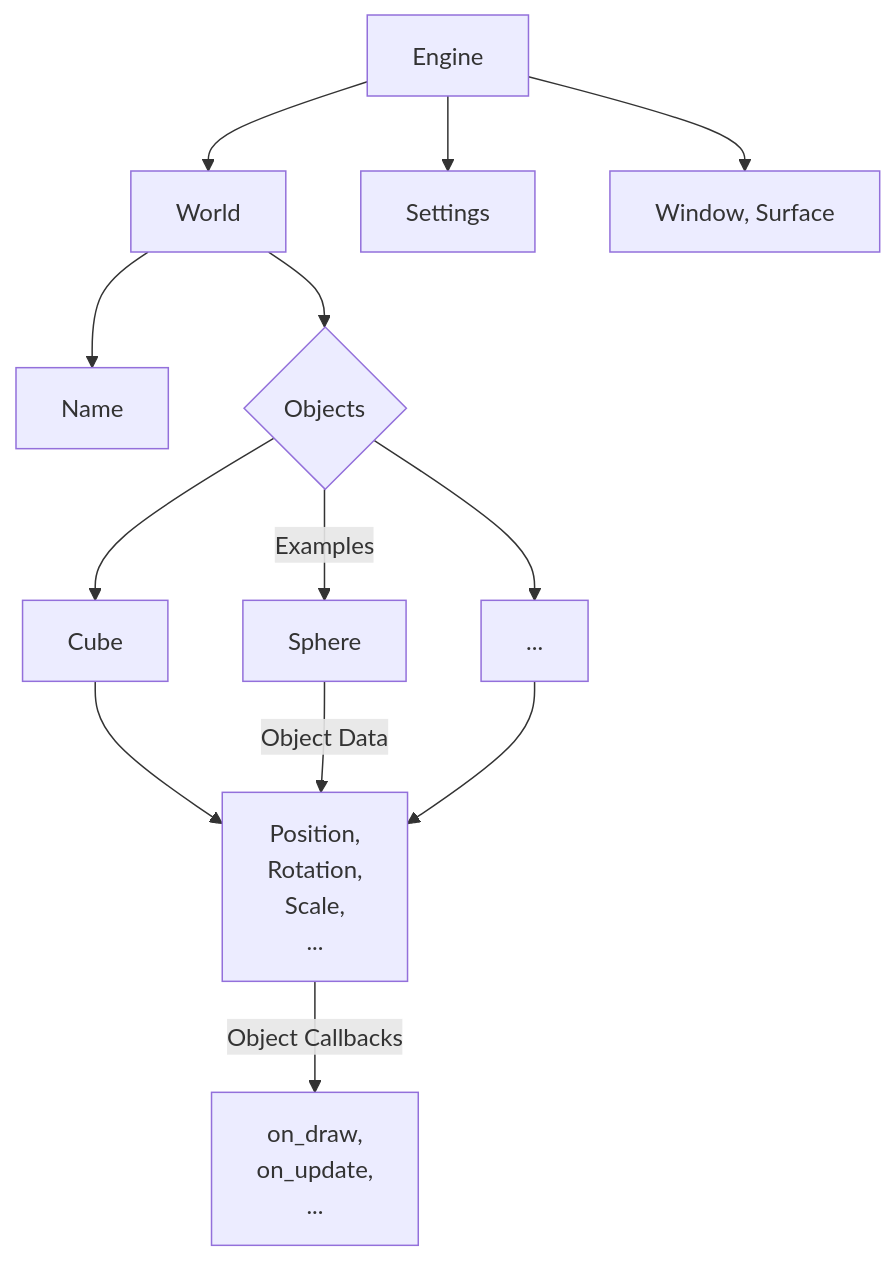
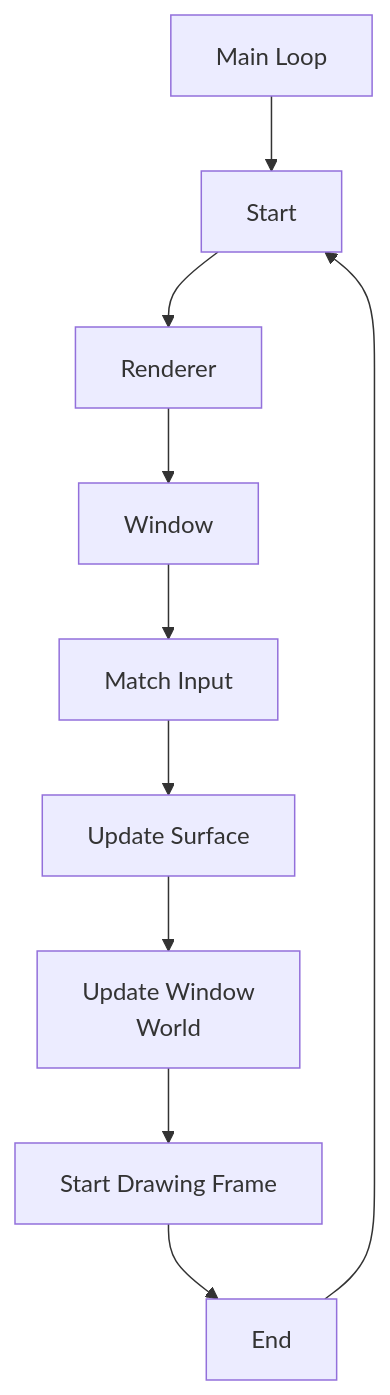
Before and after one commit to Delfi1/DEngine: the second of 3 diagrams in README.md, drawn with Mermaid. The commit also changed other lines of this file and 9 other files, not shown here.

````diff
--- a/README.md
+++ b/README.md
@@ -10,19 +20,13 @@
 ```mermaid
 graph TD;
-    Eng[Engine];
-    Eng --> Wor[World];
-    Eng --> Set[Settings];
-    Eng --> Win[Window, Surface];
-    Wor --> Wor_Name[Name];
-    Wor --> Objs{Objects};
-    
-    Objs --> Cb[Cube];
-    Objs --> |Examples| Sph[Sphere];
-    Objs --> Another[...];
-
-    Cb --> Data[Position,\n Rotation,\n Scale,\n ... ];
-    Sph --> |Object Data| Data;
-    Another --> Data;
-    
-    Data --> |Object Callbacks| Callbacks[on_draw,\n on_update,\n ...];
+    MainLoop[Main Loop];
+    MainLoop --> Start;
+    Start --> Renderer;
+    Renderer --> Window;
+    Window --> MatchInput[Match Input];
+    MatchInput --> UpdateSurface[Update Surface];
+    UpdateSurface --> Update[Update Window\n World];
+    Update --> DrawFrame[Start Drawing Frame];
+    DrawFrame --> End;
+    End --> Start;
 ```
````
